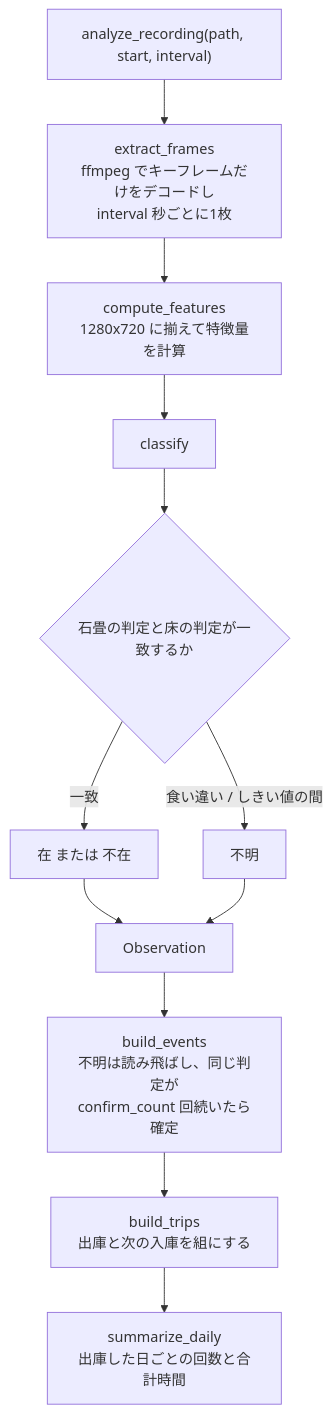
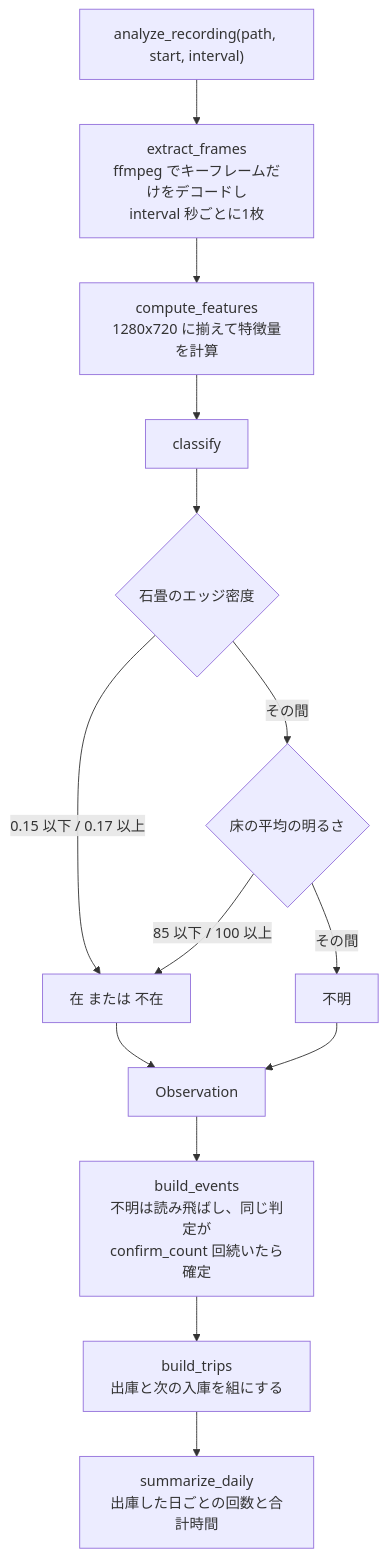
One commit to mmtigers/my_python_project changed the first of 2 diagrams in docs/specifications/MY_HOME_SYSTEM/parking_occupancy_service.md. Above: the diagram before and after it, drawn with Mermaid. The commit also changed other lines of this file and 3 other files, not shown here.

````diff
--- a/docs/specifications/MY_HOME_SYSTEM/parking_occupancy_service.md
+++ b/docs/specifications/MY_HOME_SYSTEM/parking_occupancy_service.md
@@ -205,14 +205,16 @@
 ```mermaid
 flowchart TD
     A["analyze_recording(path, start, interval)"] --> B["extract_frames<br/>ffmpeg でキーフレームだけをデコードし<br/>interval 秒ごとに1枚"]
     B --> C["compute_features<br/>1280x720 に揃えて特徴量を計算"]
     C --> D["classify"]
-    D --> E{"石畳の判定と床の判定が一致するか"}
-    E -- "一致" --> F["在 または 不在"]
-    E -- "食い違い / しきい値の間" --> G["不明"]
+    D --> E{"石畳のエッジ密度"}
+    E -- "0.15 以下 / 0.17 以上" --> F["在 または 不在"]
+    E -- "その間" --> E2{"床の平均の明るさ"}
+    E2 -- "85 以下 / 100 以上" --> F
+    E2 -- "その間" --> G["不明"]
     F --> H["Observation"]
     G --> H
     H --> I["build_events<br/>不明は読み飛ばし、同じ判定が<br/>confirm_count 回続いたら確定"]
     I --> J["build_trips<br/>出庫と次の入庫を組にする"]
     J --> K["summarize_daily<br/>出庫した日ごとの回数と合計時間"]
 ```
````
